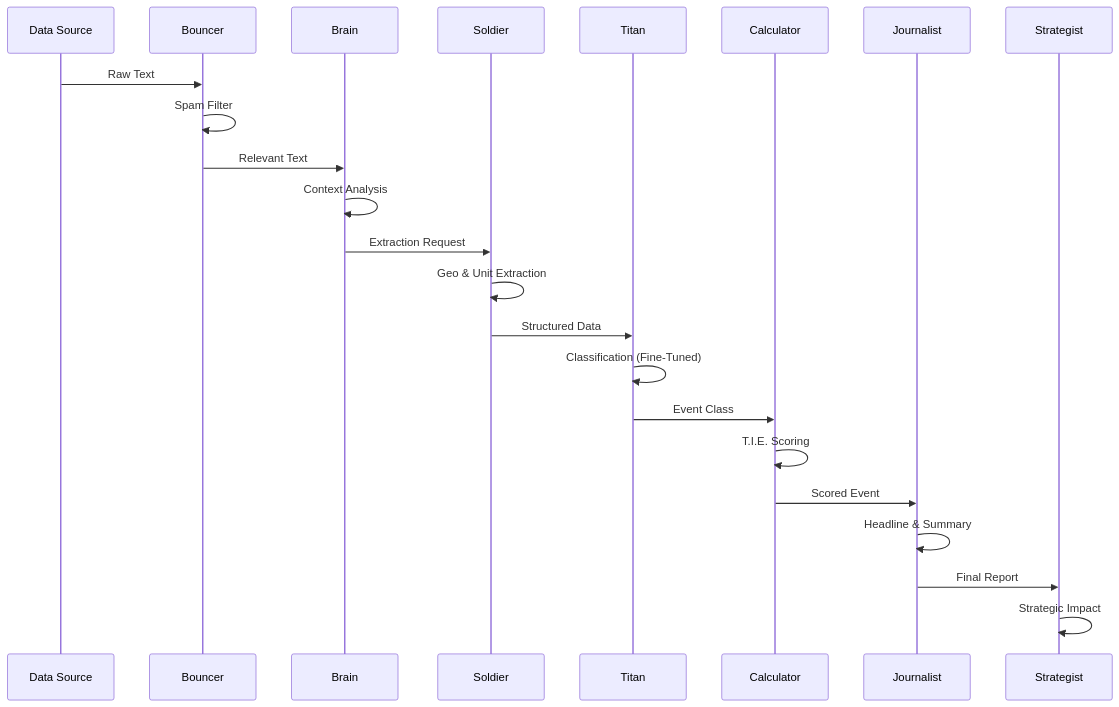
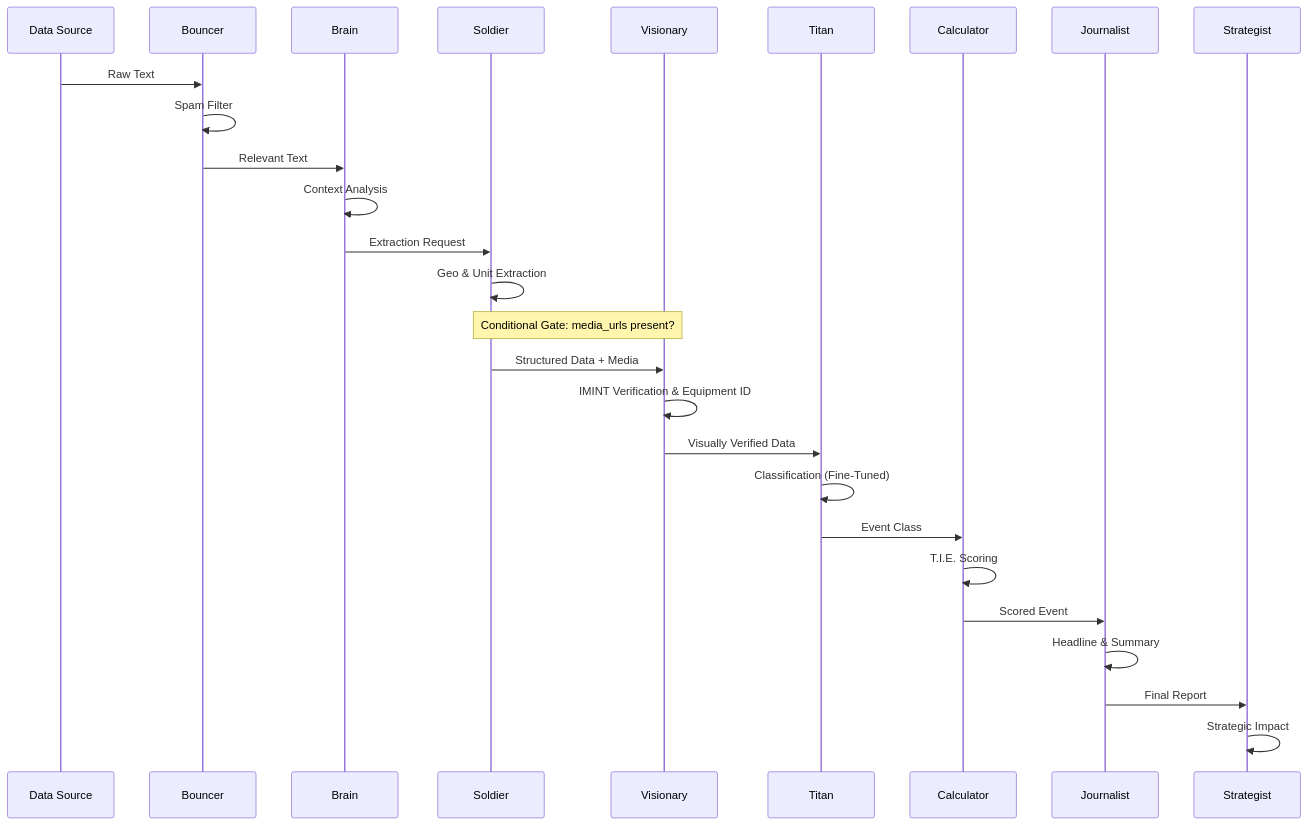
Before and after one commit to Osint-tracker/impact-atlas: the second of 2 diagrams in technical-specification.md, drawn with Mermaid. The commit also changed other lines of this file and 7 other files, not shown here.

````diff
--- a/technical-specification.md
+++ b/technical-specification.md
@@ -223,26 +223,30 @@
 ```mermaid
 sequenceDiagram
     participant D as Data Source
     participant B as Bouncer
     participant Br as Brain
     participant S as Soldier
+    participant V as Visionary
     participant T as Titan
     participant C as Calculator
     participant J as Journalist
     participant St as Strategist
     
     D->>B: Raw Text
     B->>B: Spam Filter
     B->>Br: Relevant Text
     Br->>Br: Context Analysis
     Br->>S: Extraction Request
     S->>S: Geo & Unit Extraction
-    S->>T: Structured Data
+    Note over S,V: Conditional Gate: media_urls present?
+    S->>V: Structured Data + Media
+    V->>V: IMINT Verification & Equipment ID
+    V->>T: Visually Verified Data
     T->>T: Classification (Fine-Tuned)
     T->>C: Event Class
     C->>C: T.I.E. Scoring
     C->>J: Scored Event
     J->>J: Headline & Summary
     J->>St: Final Report
     St->>St: Strategic Impact
 ```
````
